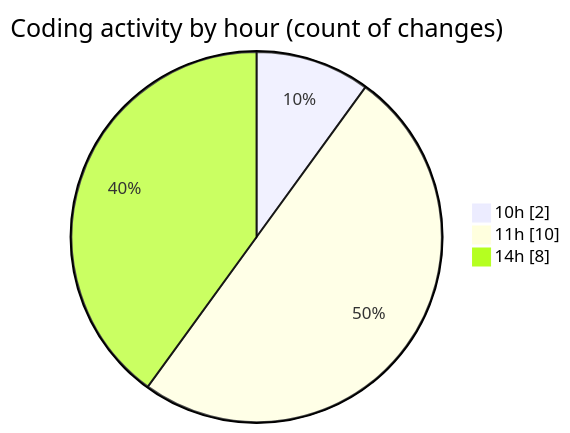
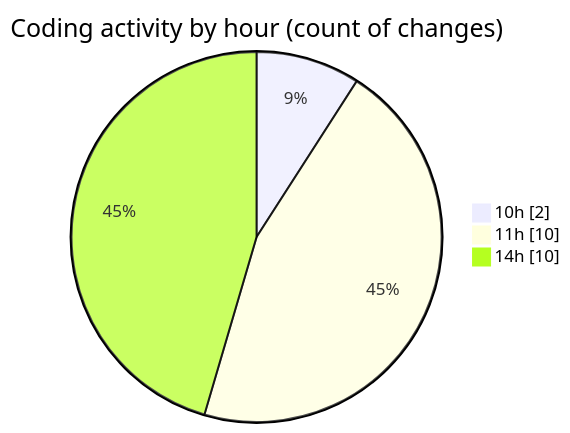
One commit to idhammustaqopulfikri/code-tracking changed the second of 2 diagrams in 2025-06-02/studio-backend/README.md. Above: the diagram before and after it, drawn with Mermaid. The commit also changed other lines of this file and 1 other file, not shown here.

````diff
--- a/2025-06-02/studio-backend/README.md
+++ b/2025-06-02/studio-backend/README.md
@@ -36,7 +36,7 @@
 ```mermaid
 pie showData
 title Coding activity by hour (count of changes)
 "10h" : 2
 "11h" : 10
-"14h" : 8
+"14h" : 10
 ```
````
